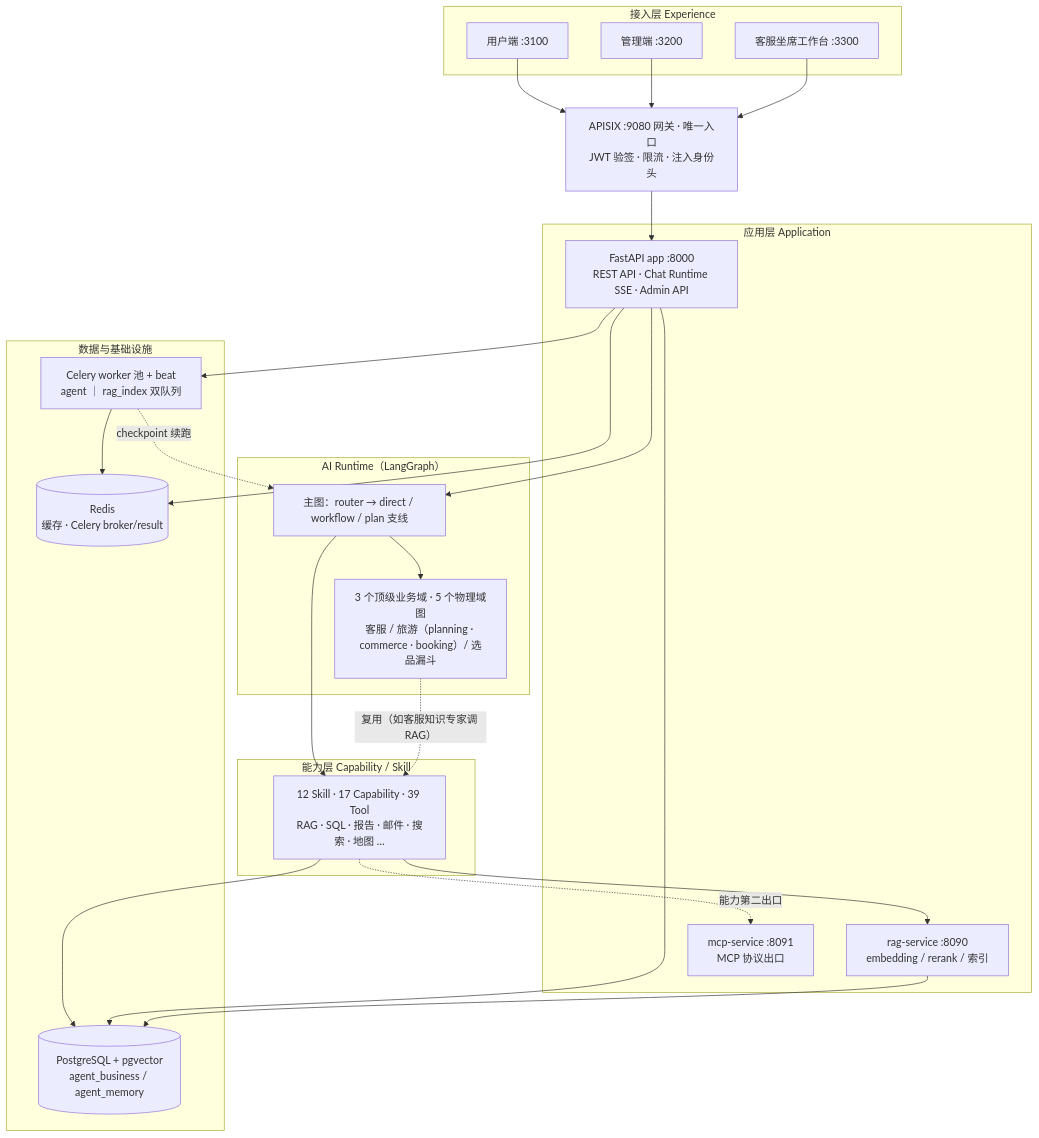
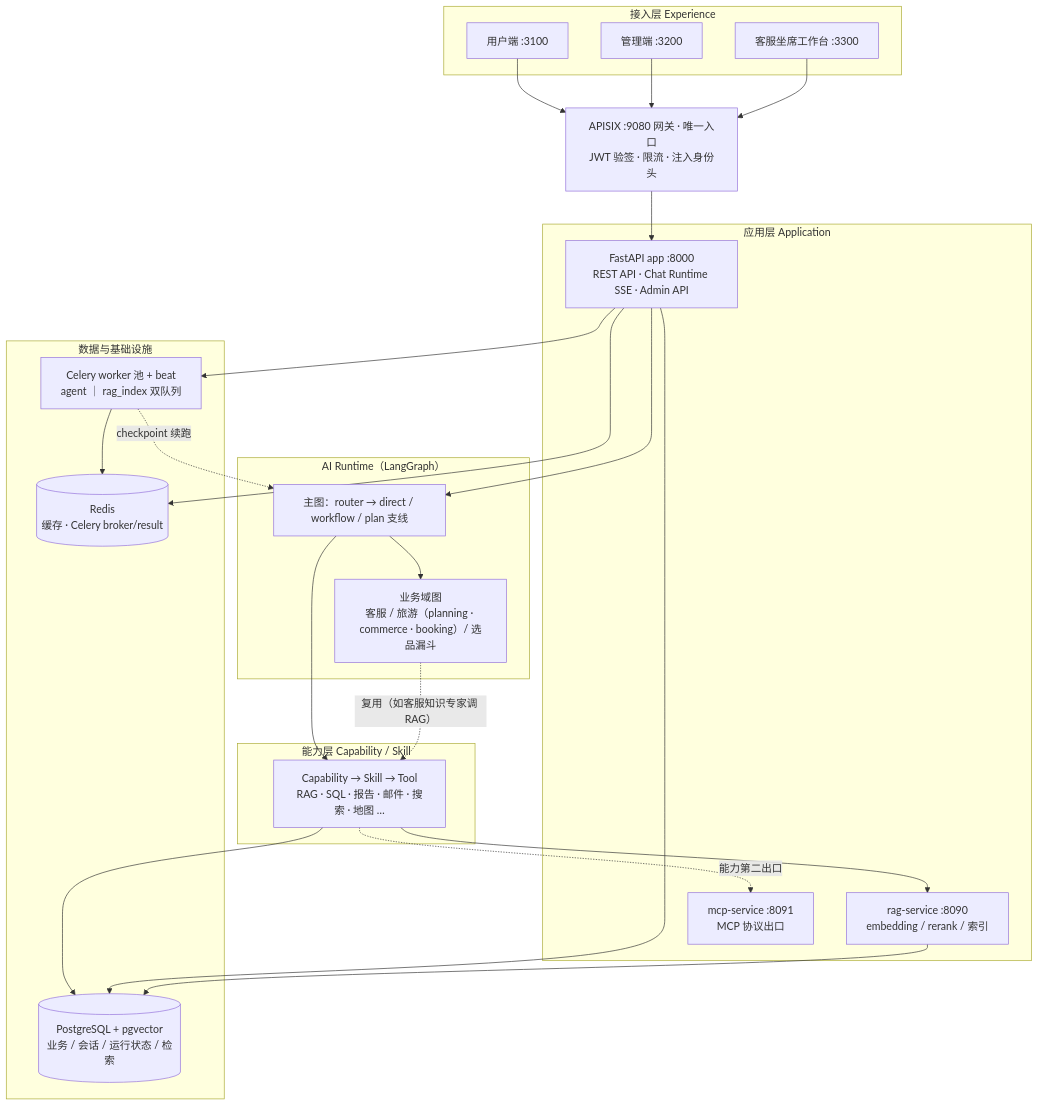
One commit to Jayus-07/agent changed the first of 2 diagrams in README.md. Above: the diagram before and after it, drawn with Mermaid. The commit also changed other lines of this file and 644 other files, not shown here.

````diff
--- a/README.md
+++ b/README.md
@@ -21,49 +15,49 @@
 ```mermaid
 flowchart TB
     subgraph EXP["接入层 Experience"]
         WEB["用户端 :3100"]
         ADM["管理端 :3200"]
         CSW["客服坐席工作台 :3300"]
     end
 
     GW["APISIX :9080 网关 · 唯一入口<br/>JWT 验签 · 限流 · 注入身份头"]
 
     subgraph APPL["应用层 Application"]
         APP["FastAPI app :8000<br/>REST API · Chat Runtime SSE · Admin API"]
         RAGS["rag-service :8090<br/>embedding / rerank / 索引"]
         MCPS["mcp-service :8091<br/>MCP 协议出口"]
     end
 
     subgraph AIRT["AI Runtime（LangGraph）"]
         MAIN["主图：router → direct / workflow / plan 支线"]
-        DOM["3 个顶级业务域 · 5 个物理域图<br/>客服 / 旅游（planning · commerce · booking）/ 选品漏斗"]
+        DOM["业务域图<br/>客服 / 旅游（planning · commerce · booking）/ 选品漏斗"]
     end
 
     subgraph CAPL["能力层 Capability / Skill"]
-        SK["12 Skill · 17 Capability · 39 Tool<br/>RAG · SQL · 报告 · 邮件 · 搜索 · 地图 …"]
+        SK["Capability → Skill → Tool<br/>RAG · SQL · 报告 · 邮件 · 搜索 · 地图 …"]
     end
 
     subgraph INFRA["数据与基础设施"]
-        PG[("PostgreSQL + pgvector<br/>agent_business / agent_memory")]
+        PG[("PostgreSQL + pgvector<br/>业务 / 会话 / 运行状态 / 检索")]
         RD[("Redis<br/>缓存 · Celery broker/result")]
         CEL["Celery worker 池 + beat<br/>agent ｜ rag_index 双队列"]
     end
 
     WEB --> GW
     ADM --> GW
     CSW --> GW
     GW --> APP
     APP --> MAIN
     MAIN --> DOM
     MAIN --> SK
     DOM -.->|"复用（如客服知识专家调 RAG）"| SK
     SK --> RAGS
     SK --> PG
     APP --> CEL
     APP --> PG
     APP --> RD
     CEL --> RD
     RAGS --> PG
     SK -.->|"能力第二出口"| MCPS
     CEL -.->|"checkpoint 续跑"| MAIN
 ```
````
